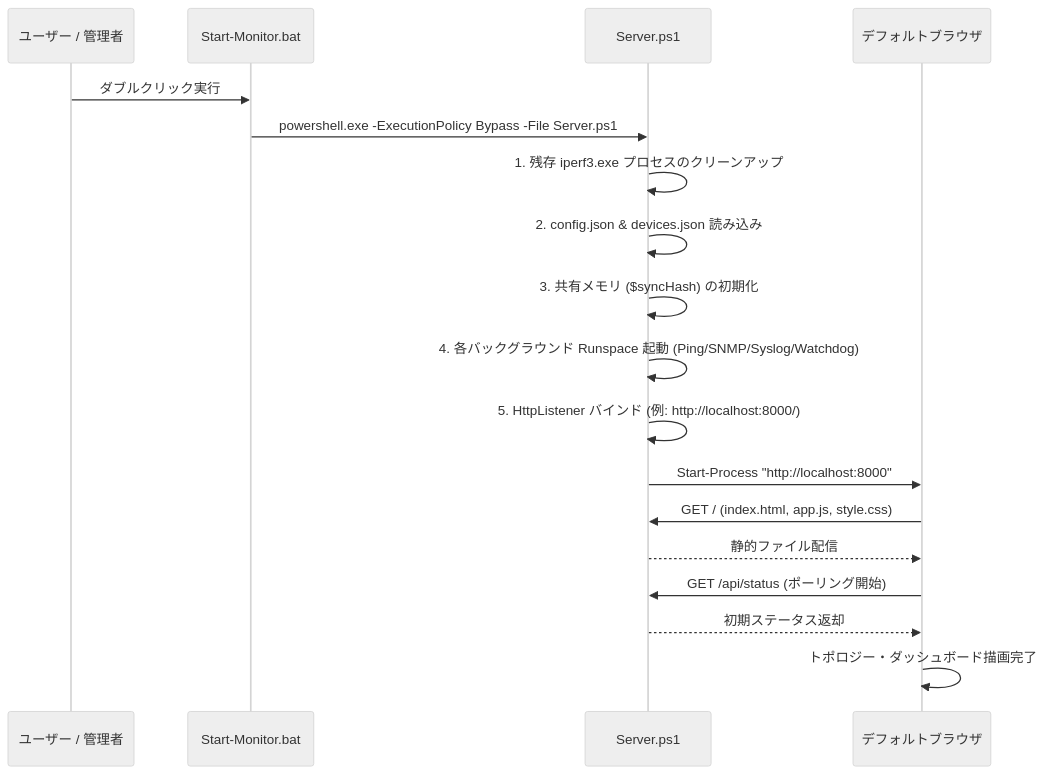
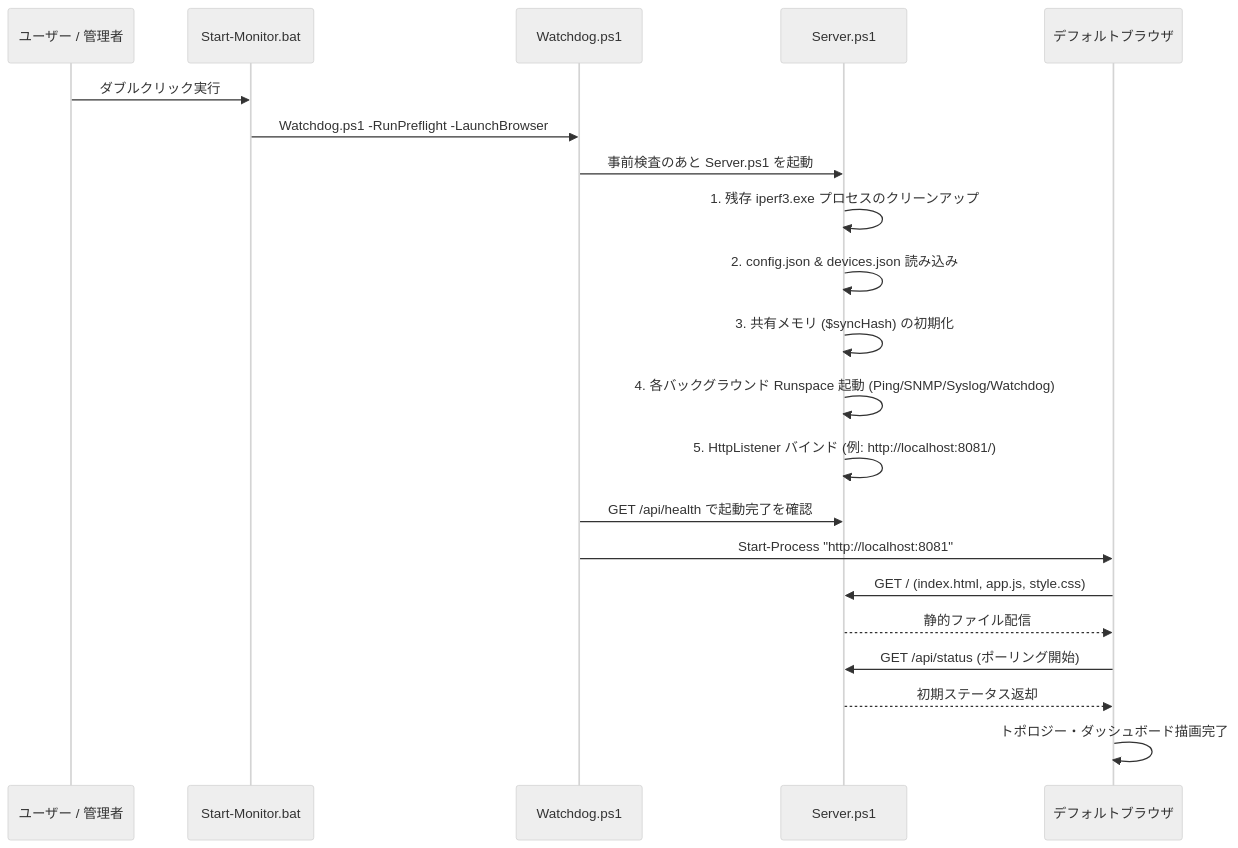
The tenth of 10 diagrams in system/SPECIFICATION.md (Shuntaro1996/network-device-monitor), drawn with Mermaid (neutral theme) before and after one commit. The commit also changed other lines of this file and 6 other files, not shown here.

````diff
--- a/system/SPECIFICATION.md
+++ b/system/SPECIFICATION.md
@@ -1026,21 +1038,24 @@
 ```mermaid
 sequenceDiagram
     participant User as ユーザー / 管理者
     participant Bat as Start-Monitor.bat
+    participant Watchdog as Watchdog.ps1
     participant Server as Server.ps1
     participant Browser as デフォルトブラウザ
 
     User->>Bat: ダブルクリック実行
-    Bat->>Server: powershell.exe -ExecutionPolicy Bypass -File Server.ps1
+    Bat->>Watchdog: Watchdog.ps1 -RunPreflight -LaunchBrowser
+    Watchdog->>Server: 事前検査のあと Server.ps1 を起動
     Server->>Server: 1. 残存 iperf3.exe プロセスのクリーンアップ
     Server->>Server: 2. config.json & devices.json 読み込み
     Server->>Server: 3. 共有メモリ ($syncHash) の初期化
     Server->>Server: 4. 各バックグラウンド Runspace 起動 (Ping/SNMP/Syslog/Watchdog)
-    Server->>Server: 5. HttpListener バインド (例: http://localhost:8000/)
-    Server->>Browser: Start-Process "http://localhost:8000"
+    Server->>Server: 5. HttpListener バインド (例: http://localhost:8081/)
+    Watchdog->>Server: GET /api/health で起動完了を確認
+    Watchdog->>Browser: Start-Process "http://localhost:8081"
     Browser->>Server: GET / (index.html, app.js, style.css)
     Server-->>Browser: 静的ファイル配信
     Browser->>Server: GET /api/status (ポーリング開始)
     Server-->>Browser: 初期ステータス返却
     Browser->>Browser: トポロジー・ダッシュボード描画完了
 ```
````
